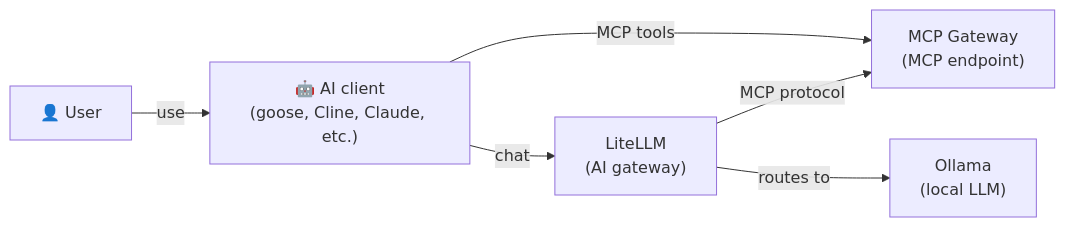
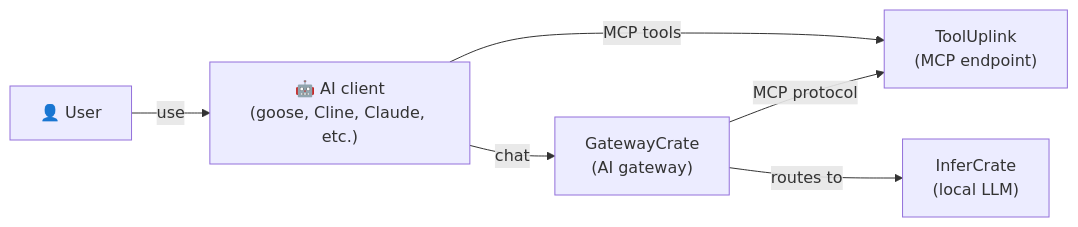
Before and after one commit to hwdsl2/self-hosted-ai-stack: the diagram in stacks/ai-tools/README.md, drawn with Mermaid. The commit also changed other lines of this file and 47 other files, not shown here.

````diff
--- a/stacks/ai-tools/README.md
+++ b/stacks/ai-tools/README.md
@@ -17,8 +17,8 @@
 ```mermaid
 graph LR
     U["👤 User"] -->|use| C["🤖 AI client<br/>(goose, Cline, Claude, etc.)"]
-    C -->|MCP tools| M["MCP Gateway<br/>(MCP endpoint)"]
-    C -->|chat| L["LiteLLM<br/>(AI gateway)"]
-    L -->|routes to| O["Ollama<br/>(local LLM)"]
+    C -->|MCP tools| M["ToolUplink<br/>(MCP endpoint)"]
+    C -->|chat| L["GatewayCrate<br/>(AI gateway)"]
+    L -->|routes to| O["InferCrate<br/>(local LLM)"]
     L -->|MCP protocol| M
 ```
````
